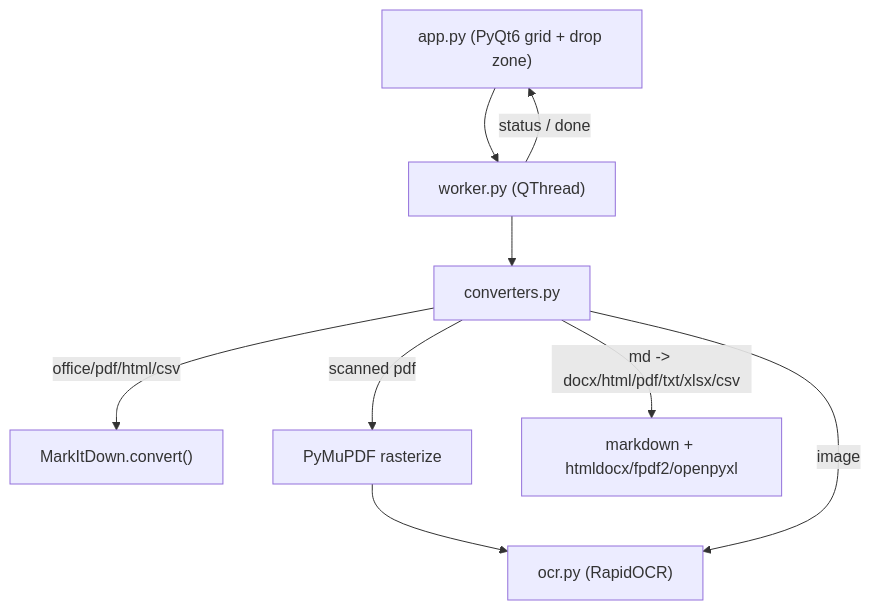
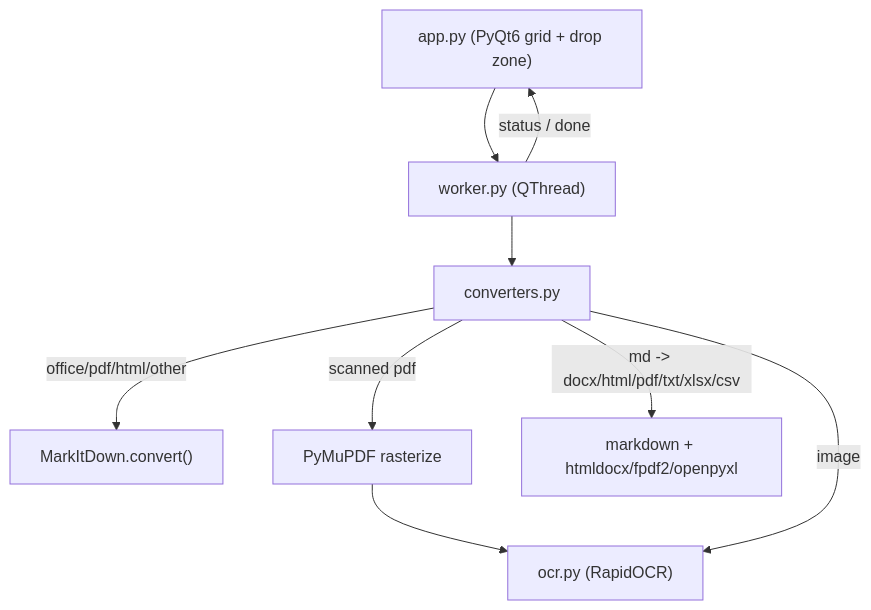
Before and after one commit to sameer24688-jpg/MDfier: the diagram in PLAN.md, drawn with Mermaid. The commit also changed other lines of this file and 1 other file, not shown here.

Commit message:
docs: sync ARCHITECTURE/PLAN with as-built (Lite build, slim deps, no xlsx/csv input)

````diff
--- a/PLAN.md
+++ b/PLAN.md
@@ -42,11 +46,11 @@
 ```mermaid
 flowchart TD
     UI["app.py (PyQt6 grid + drop zone)"] --> Worker["worker.py (QThread)"]
     Worker --> Conv["converters.py"]
-    Conv -->|"office/pdf/html/csv"| MID["MarkItDown.convert()"]
+    Conv -->|"office/pdf/html/other"| MID["MarkItDown.convert()"]
     Conv -->|"scanned pdf"| Fitz["PyMuPDF rasterize"]
     Fitz --> OCR["ocr.py (RapidOCR)"]
     Conv -->|"image"| OCR
     Conv -->|"md -> docx/html/pdf/txt/xlsx/csv"| Rev["markdown + htmldocx/fpdf2/openpyxl"]
     Worker -->|"status / done"| UI
 ```
````
